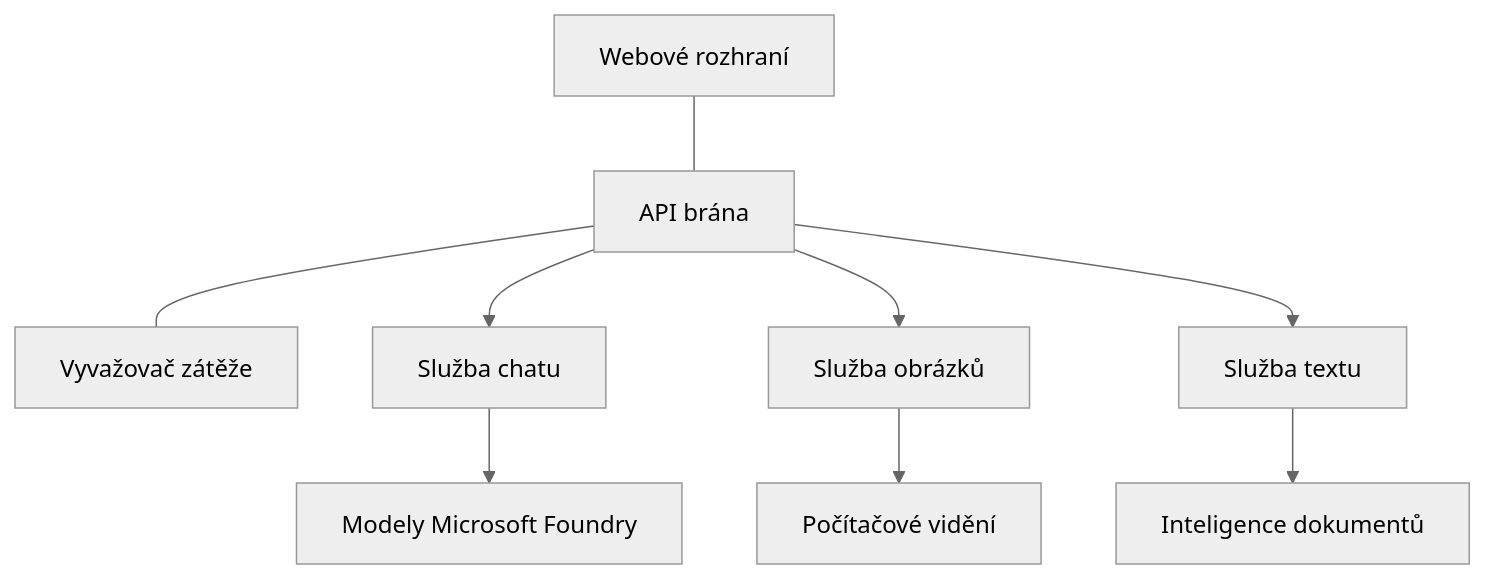
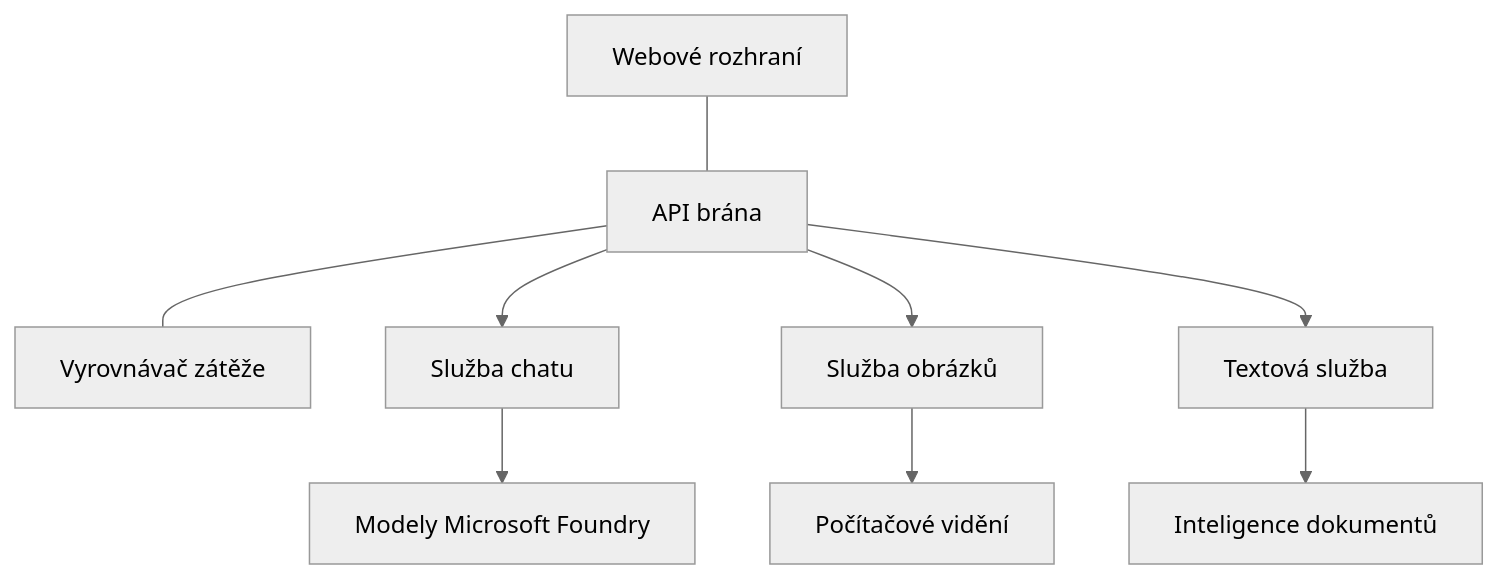
The diagram in translations/cs/docs/chapter-08-production/production-ai-practices.md (microsoft/AZD-for-beginners), drawn with Mermaid (neutral theme) before and after one commit. The commit also changed other lines of this file and 104 other files, not shown here.

````diff
--- a/translations/cs/docs/chapter-08-production/production-ai-practices.md
+++ b/translations/cs/docs/chapter-08-production/production-ai-practices.md
@@ -30,10 +30,10 @@
 ```mermaid
 graph TD
-    Frontend[Webové rozhraní] --- Gateway[API brána] --- LB[Vyvažovač zátěže]
+    Frontend[Webové rozhraní] --- Gateway[API brána] --- LB[Vyrovnávač zátěže]
     Gateway --> Chat[Služba chatu]
     Gateway --> Image[Služba obrázků]
-    Gateway --> Text[Služba textu]
+    Gateway --> Text[Textová služba]
     Chat --> OpenAI[Modely Microsoft Foundry]
     Image --> Vision[Počítačové vidění]
     Text --> DocIntel[Inteligence dokumentů]
 ```
````
